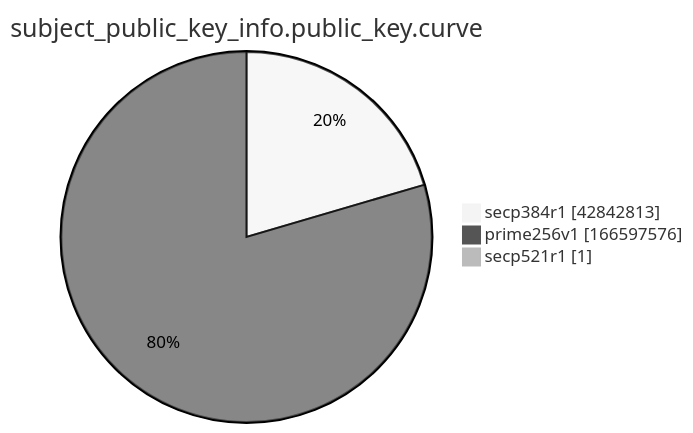
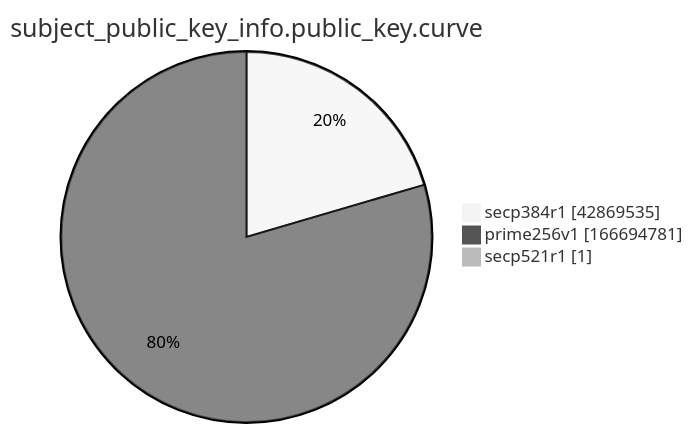
One commit to christiankrug/ctmonitor_visualization changed the ninth of 15 diagrams in xenon2022/README.md. Above: the diagram before and after it, drawn with Mermaid (neutral theme). The commit also changed other lines of this file, not shown here.

````diff
--- a/xenon2022/README.md
+++ b/xenon2022/README.md
@@ -2869,7 +2869,7 @@
 ```mermaid
 pie showData
 title subject_public_key_info.public_key.curve
-"secp384r1" :42842813
-"prime256v1" :166597576
+"secp384r1" :42869535
+"prime256v1" :166694781
 "secp521r1" :1
 ```
````
